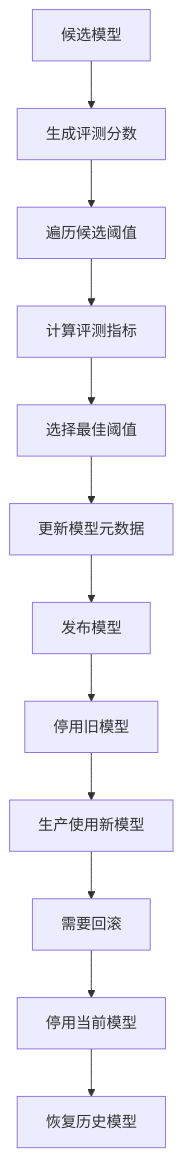
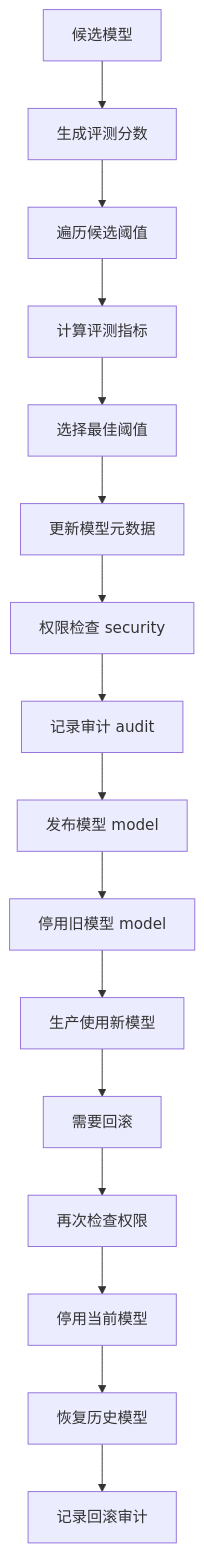
One commit to 18963603561/fmdb_udf_raha changed the tenth of 13 diagrams in doc/20260715/Raha工程-源码完整分析-202607150943.md. Above: the diagram before and after it, drawn with Mermaid. The commit also changed other lines of this file and 16 other files, not shown here.

````diff
--- a/doc/20260715/Raha工程-源码完整分析-202607150943.md
+++ b/doc/20260715/Raha工程-源码完整分析-202607150943.md
@@ -632,14 +815,18 @@
 ```mermaid
 graph TD;
 n01[候选模型] --> n02[生成评测分数];
 n02 --> n03[遍历候选阈值];
 n03 --> n04[计算评测指标];
 n04 --> n05[选择最佳阈值];
 n05 --> n06[更新模型元数据];
-n06 --> n07[发布模型];
-n07 --> n08[停用旧模型];
-n08 --> n09[生产使用新模型];
-n09 --> n10[需要回滚];
-n10 --> n11[停用当前模型];
-n11 --> n12[恢复历史模型];
+n06 --> n07[权限检查 security];
+n07 --> n08[记录审计 audit];
+n08 --> n09[发布模型 model];
+n09 --> n10[停用旧模型 model];
+n10 --> n11[生产使用新模型];
+n11 --> n12[需要回滚];
+n12 --> n13[再次检查权限];
+n13 --> n14[停用当前模型];
+n14 --> n15[恢复历史模型];
+n15 --> n16[记录回滚审计];
 ```
````
